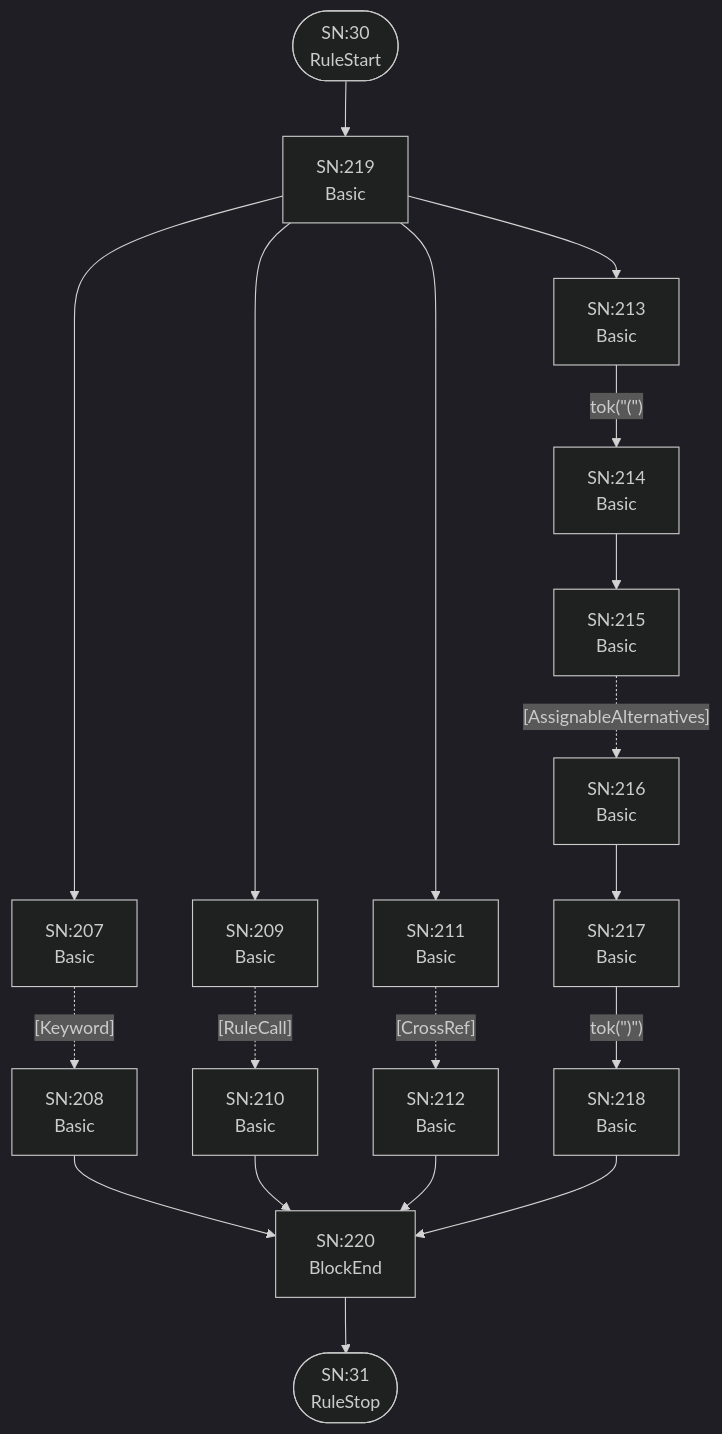
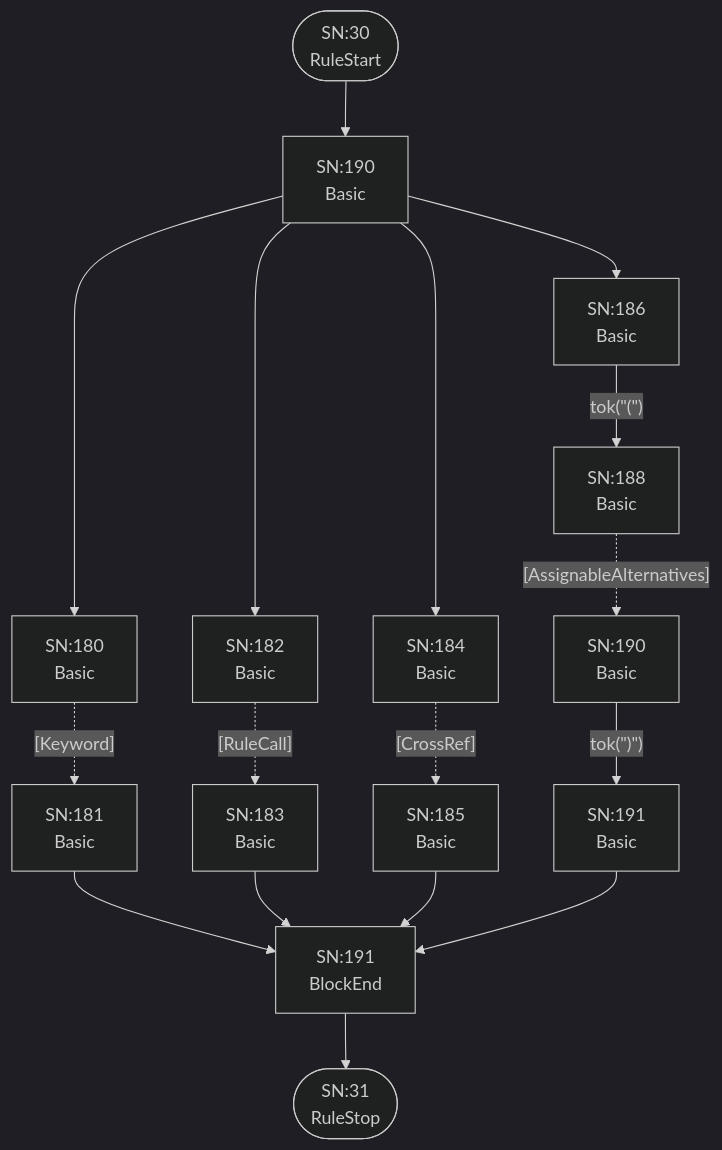
One commit to TypeFox/fastbelt changed diagram 16 of 25 in internal/grammar/atn.md. Above: the diagram before and after it, drawn with Mermaid (dark theme). The commit also changed other lines of this file and 4 other files, not shown here.

````diff
--- a/internal/grammar/atn.md
+++ b/internal/grammar/atn.md
@@ -497,38 +443,34 @@
 ```mermaid
 flowchart TD
     q30(["SN:30<br/>RuleStart"])
     q31(["SN:31<br/>RuleStop"])
-    q207["SN:207<br/>Basic<br/>"]
-    q208["SN:208<br/>Basic<br/>"]
-    q209["SN:209<br/>Basic<br/>"]
-    q210["SN:210<br/>Basic<br/>"]
-    q211["SN:211<br/>Basic<br/>"]
-    q212["SN:212<br/>Basic<br/>"]
-    q213["SN:213<br/>Basic<br/>"]
-    q214["SN:214<br/>Basic<br/>"]
-    q215["SN:215<br/>Basic<br/>"]
-    q216["SN:216<br/>Basic<br/>"]
-    q217["SN:217<br/>Basic<br/>"]
-    q218["SN:218<br/>Basic<br/>"]
-    q219["SN:219<br/>Basic<br/>"]
-    q220["SN:220<br/>BlockEnd<br/>"]
+    q180["SN:180<br/>Basic<br/>"]
+    q181["SN:181<br/>Basic<br/>"]
+    q182["SN:182<br/>Basic<br/>"]
+    q183["SN:183<br/>Basic<br/>"]
+    q184["SN:184<br/>Basic<br/>"]
+    q185["SN:185<br/>Basic<br/>"]
+    q186["SN:186<br/>Basic<br/>"]
+    q187["SN:188<br/>Basic<br/>"]
+    q188["SN:190<br/>Basic<br/>"]
+    q189["SN:191<br/>Basic<br/>"]
+    q190["SN:190<br/>Basic<br/>"]
+    q191["SN:191<br/>BlockEnd<br/>"]
 
-    q30 --> q219
-    q207 -.->|"[Keyword]"| q208
-    q208 --> q220
-    q209 -.->|"[RuleCall]"| q210
-    q210 --> q220
-    q211 -.->|"[CrossRef]"| q212
-    q212 --> q220
-    q213 -->|"tok(&quot;(&quot;)"| q214
-    q214 --> q215
-    q215 -.->|"[AssignableAlternatives]"| q216
-    q216 --> q217
-    q217 -->|"tok(&quot;)&quot;)"| q218
-    q218 --> q220
-    q219 --> q207
-    q219 --> q209
-    q219 --> q211
-    q219 --> q213
-    q220 --> q31
+    q30 --> q190
+    q180 -.->|"[Keyword]"| q181
+    q181 --> q191
+    q182 -.->|"[RuleCall]"| q183
+    q183 --> q191
+    q184 -.->|"[CrossRef]"| q185
+    q185 --> q191
+    q186 -->|"tok(&quot;(&quot;)"| q187
+    q187 -.->|"[AssignableAlternatives]"| q188
+    q188 -->|"tok(&quot;)&quot;)"| q189
+    q189 --> q191
+    q190 --> q180
+    q190 --> q182
+    q190 --> q184
+    q190 --> q186
+    q191 --> q31
 ```
````
